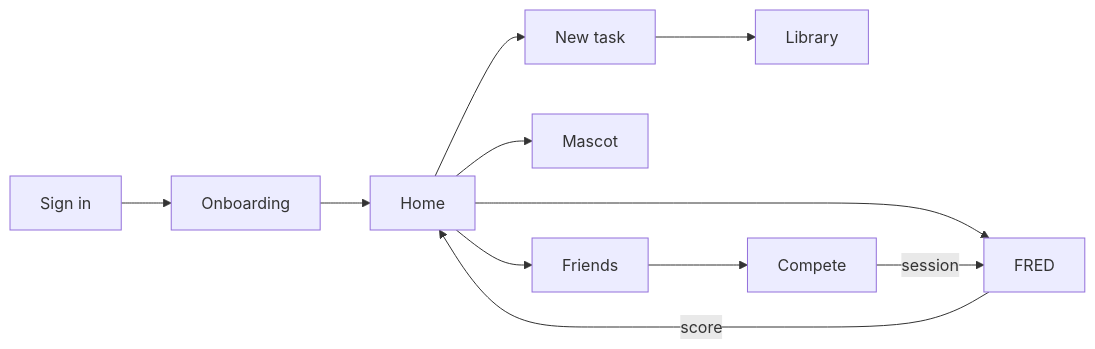
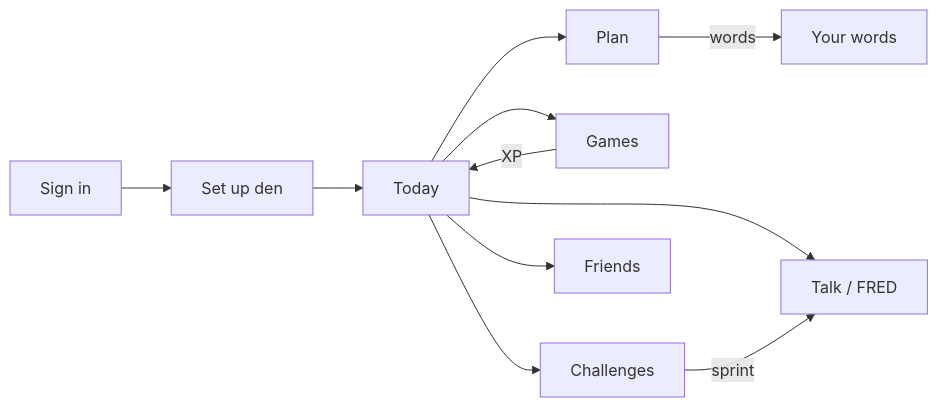
Before and after one commit to JoanaOkica/language-app: the diagram in docs/SCREENS.md, drawn with Mermaid. The commit also changed other lines of this file and 50 other files, not shown here.

````diff
--- a/docs/SCREENS.md
+++ b/docs/SCREENS.md
@@ -17,13 +33,13 @@
 ```mermaid
 flowchart LR
-    A[Sign in] --> B[Onboarding]
-    B --> C[Home]
-    C --> D[New task]
-    D --> E[Library]
-    C --> F[FRED]
-    F -->|score| C
-    C --> G[Mascot]
-    C --> H[Friends]
-    H --> I[Compete]
-    I -->|session| F
+    A[Sign in] --> B[Set up den]
+    B --> C[Today]
+    C --> D[Plan]
+    D -->|words| E[Your words]
+    C --> F[Talk / FRED]
+    C --> G[Games]
+    C --> H[Challenges]
+    C --> I[Friends]
+    H -->|sprint| F
+    G -->|XP| C
 ```
````
